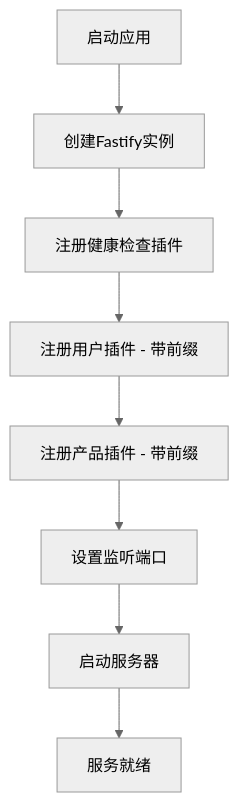
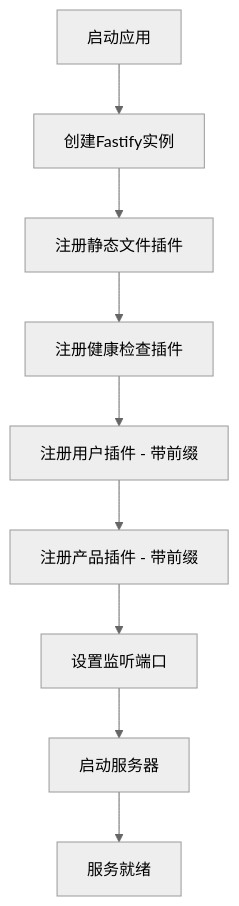
One commit to esa-sp/test-for-aone-ci changed the seventh of 14 diagrams in .qoder/repowiki/zh/content/后端框架测试/Fastify高性能框架测试.md. Above: the diagram before and after it, drawn with Mermaid (neutral theme). The commit also changed other lines of this file and 31 other files, not shown here.

````diff
--- a/.qoder/repowiki/zh/content/后端框架测试/Fastify高性能框架测试.md
+++ b/.qoder/repowiki/zh/content/后端框架测试/Fastify高性能框架测试.md
@@ -313,10 +289,11 @@
 ```mermaid
 flowchart TD
 Start[启动应用] --> CreateFastify[创建Fastify实例]
-CreateFastify --> RegisterHealth[注册健康检查插件]
+CreateFastify --> RegisterStatic[注册静态文件插件]
+RegisterStatic --> RegisterHealth[注册健康检查插件]
 RegisterHealth --> RegisterUsers[注册用户插件 - 带前缀]
 RegisterUsers --> RegisterProducts[注册产品插件 - 带前缀]
 RegisterProducts --> SetupPort[设置监听端口]
 SetupPort --> StartServer[启动服务器]
 StartServer --> Ready[服务就绪]
 ```
````
